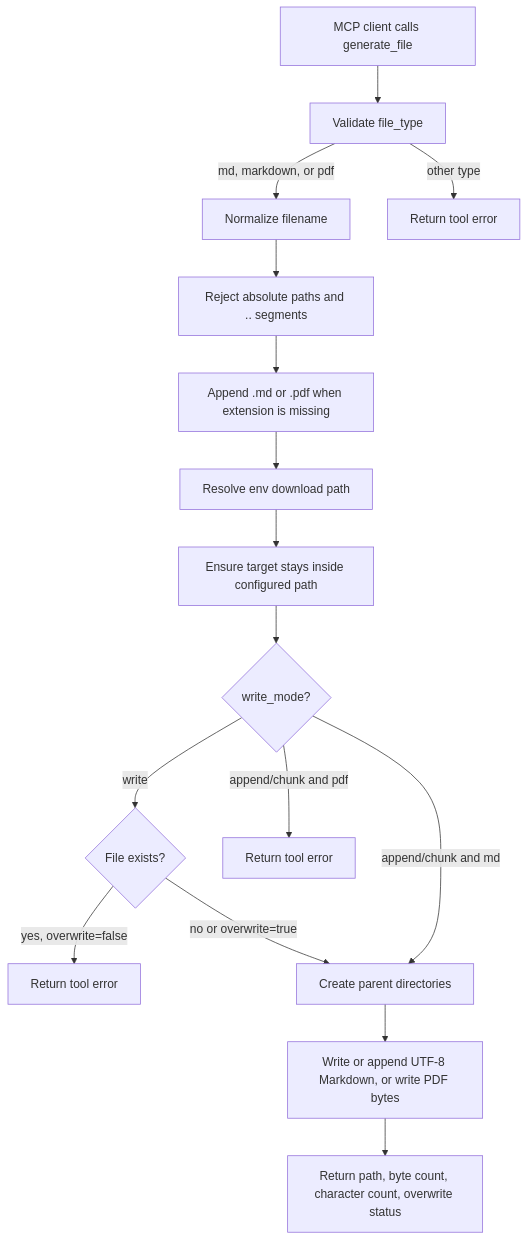
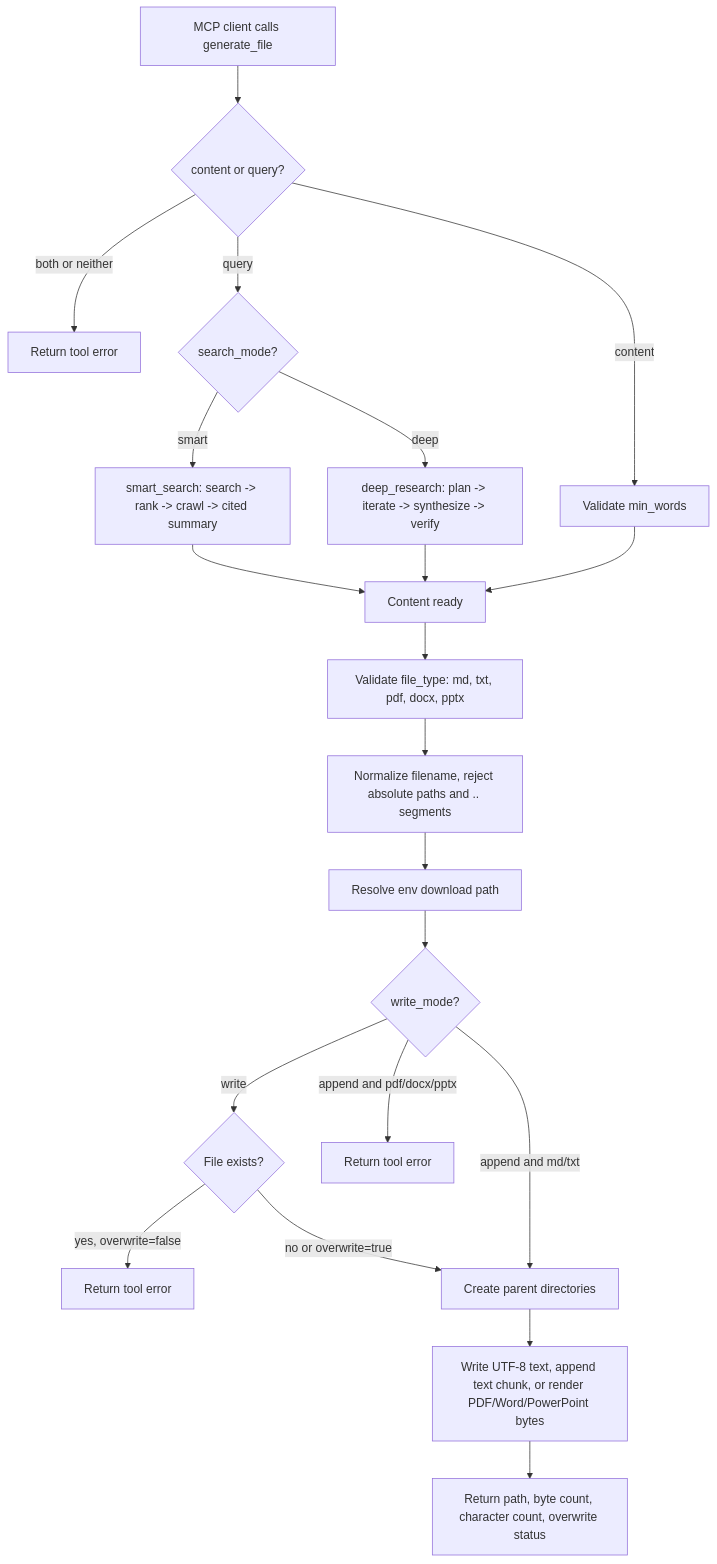
One commit to mymacmeet-crypto/local-mcp changed the diagram in docs/generate_file.md. Above: the diagram before and after it, drawn with Mermaid. The commit also changed other lines of this file and 19 other files, not shown here.

First line of the commit message:
feat: unify file generation into one generate_file tool (md/txt/pdf/docx/pptx)

````diff
--- a/docs/generate_file.md
+++ b/docs/generate_file.md
@@ -11,18 +16,22 @@
 ```mermaid
 flowchart TD
-    A[MCP client calls generate_file] --> B[Validate file_type]
-    B -->|md, markdown, or pdf| C[Normalize filename]
-    B -->|other type| X[Return tool error]
-    C --> D[Reject absolute paths and .. segments]
-    D --> E[Append .md or .pdf when extension is missing]
+    A[MCP client calls generate_file] --> B{content or query?}
+    B -->|both or neither| X[Return tool error]
+    B -->|query| Q{search_mode?}
+    Q -->|smart| Q1[smart_search: search -> rank -> crawl -> cited summary]
+    Q -->|deep| Q2[deep_research: plan -> iterate -> synthesize -> verify]
+    Q1 --> C[Content ready]
+    Q2 --> C
+    B -->|content| M[Validate min_words] --> C
+    C --> D[Validate file_type: md, txt, pdf, docx, pptx]
+    D --> E[Normalize filename, reject absolute paths and .. segments]
     E --> F[Resolve env download path]
-    F --> G[Ensure target stays inside configured path]
-    G --> H{write_mode?}
-    H -->|write| I{File exists?}
-    I -->|yes, overwrite=false| Y[Return tool error]
-    I -->|no or overwrite=true| J[Create parent directories]
-    H -->|append/chunk and md| J
-    H -->|append/chunk and pdf| Z[Return tool error]
-    J --> K[Write or append UTF-8 Markdown, or write PDF bytes]
-    K --> L[Return path, byte count, character count, overwrite status]
+    F --> G{write_mode?}
+    G -->|write| H{File exists?}
+    H -->|yes, overwrite=false| Y[Return tool error]
+    H -->|no or overwrite=true| I[Create parent directories]
+    G -->|append and md/txt| I
+    G -->|append and pdf/docx/pptx| Z[Return tool error]
+    I --> J[Write UTF-8 text, append text chunk, or render PDF/Word/PowerPoint bytes]
+    J --> K[Return path, byte count, character count, overwrite status]
 ```
````
